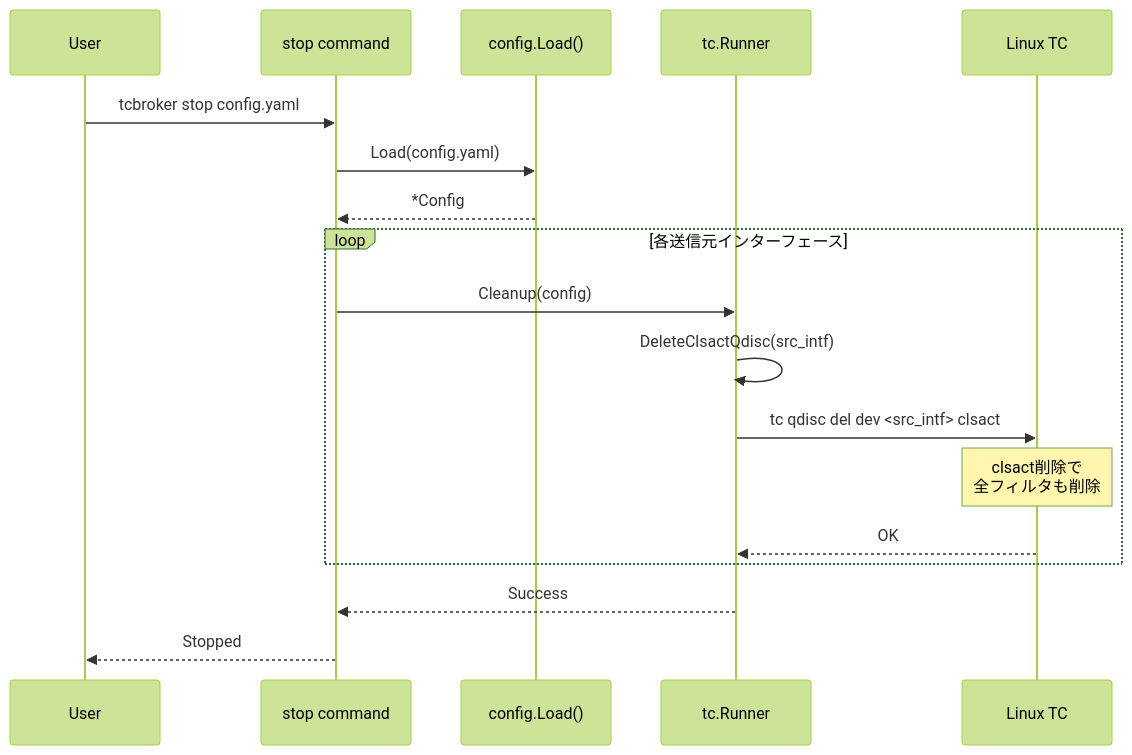
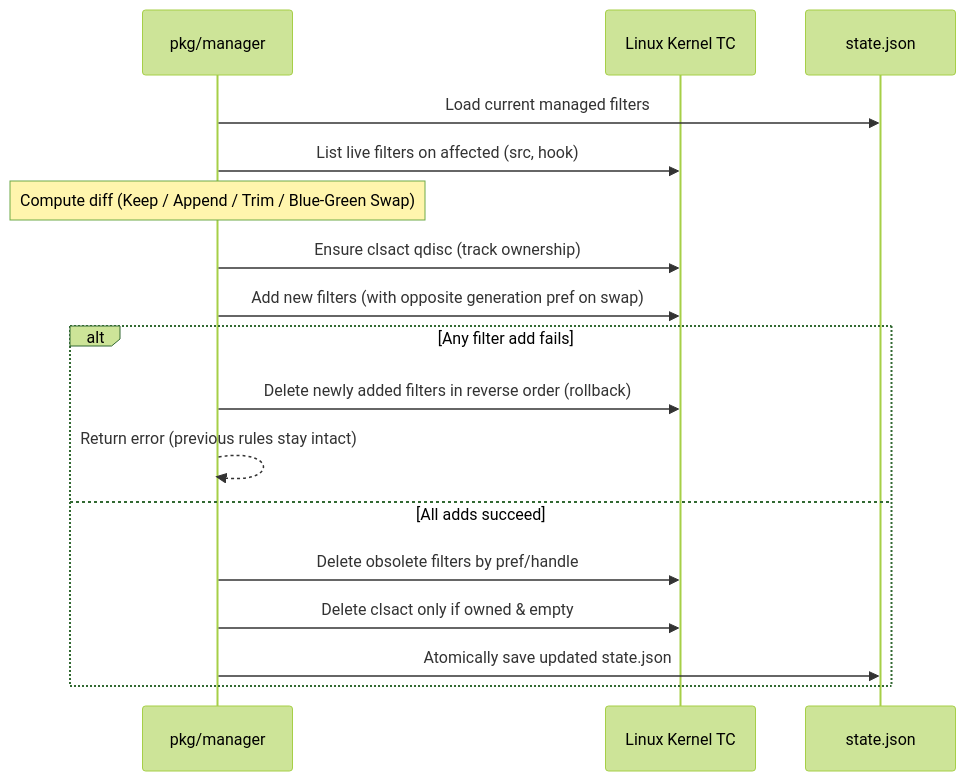
Before and after one commit to shmuto/tcbroker: the third of 3 diagrams in docs/architecture.md, drawn with Mermaid (forest theme). The commit also changed other lines of this file and 30 other files, not shown here.

````diff
--- a/docs/architecture.md
+++ b/docs/architecture.md
@@ -81,23 +63,20 @@
 ```mermaid
 sequenceDiagram
-    participant User
-    participant CLI as stop command
-    participant Config as config.Load()
-    participant TC as tc.Runner
-    participant Kernel as Linux TC
+    participant Mgr as pkg/manager
+    participant TC as Linux Kernel TC
+    participant St as state.json
 
-    User->>CLI: tcbroker stop config.yaml
-    CLI->>Config: Load(config.yaml)
-    Config-->>CLI: *Config
-
-    loop 各送信元インターフェース
-        CLI->>TC: Cleanup(config)
-        TC->>TC: DeleteClsactQdisc(src_intf)
-        TC->>Kernel: tc qdisc del dev <src_intf> clsact
-        Note over Kernel: clsact削除で<br/>全フィルタも削除
-        Kernel-->>TC: OK
+    Mgr->>St: Load current managed filters
+    Mgr->>TC: List live filters on affected (src, hook)
+    Note over Mgr: Compute diff (Keep / Append / Trim / Blue-Green Swap)
+    Mgr->>TC: Ensure clsact qdisc (track ownership)
+    Mgr->>TC: Add new filters (with opposite generation pref on swap)
+    alt Any filter add fails
+        Mgr->>TC: Delete newly added filters in reverse order (rollback)
+        Mgr-->>Mgr: Return error (previous rules stay intact)
+    else All adds succeed
+        Mgr->>TC: Delete obsolete filters by pref/handle
+        Mgr->>TC: Delete clsact only if owned & empty
+        Mgr->>St: Atomically save updated state.json
     end
-
-    TC-->>CLI: Success
-    CLI-->>User: Stopped
 ```
````
